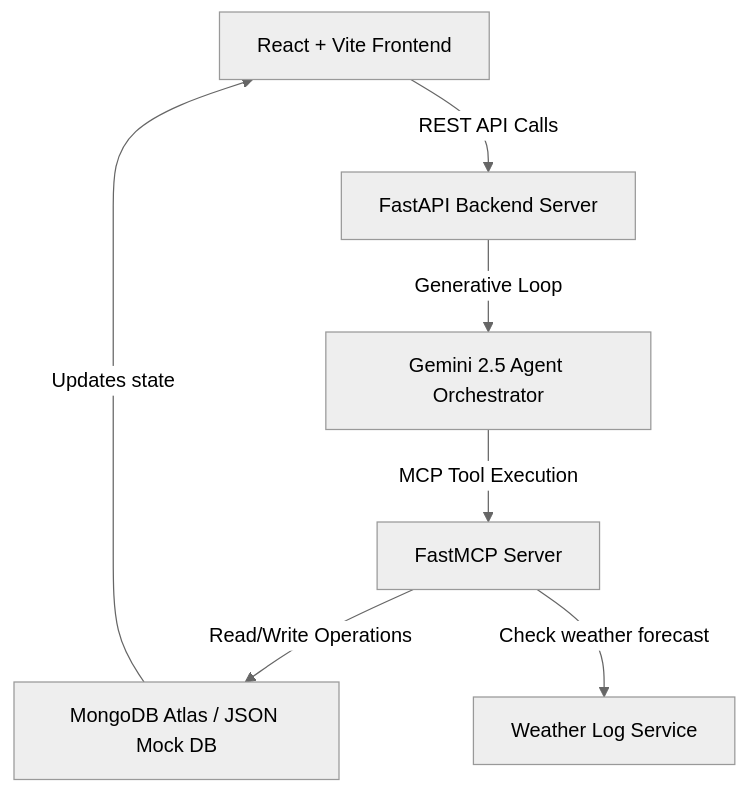
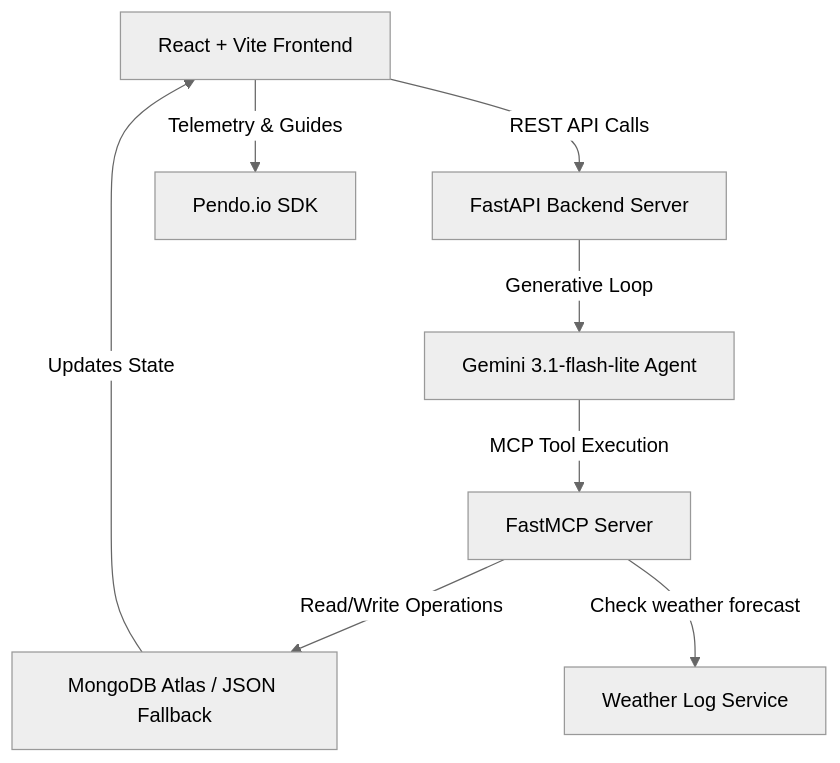
Before and after one commit to tanDivina/IslandFlow-Pendo: the diagram in README.md, drawn with Mermaid (neutral theme). The commit also changed other lines of this file, not shown here.

Commit message:
docs: update README to reflect IslandFlow rebranding, Pendo integrations, and guest deletion engine

````diff
--- a/README.md
+++ b/README.md
@@ -25,9 +34,10 @@
 ```mermaid
 graph TD
     A[React + Vite Frontend] -->|REST API Calls| B[FastAPI Backend Server]
-    B -->|Generative Loop| C[Gemini 2.5 Agent Orchestrator]
+    B -->|Generative Loop| C[Gemini 3.1-flash-lite Agent]
     C -->|MCP Tool Execution| D[FastMCP Server]
-    D -->|Read/Write Operations| E[MongoDB Atlas / JSON Mock DB]
+    D -->|Read/Write Operations| E[MongoDB Atlas / JSON Fallback]
     D -->|Check weather forecast| F[Weather Log Service]
-    E -->|Updates state| A
+    A -->|Telemetry & Guides| G[Pendo.io SDK]
+    E -->|Updates State| A
 ```
````
